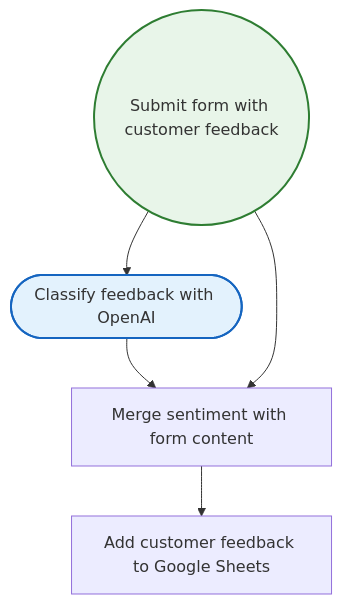
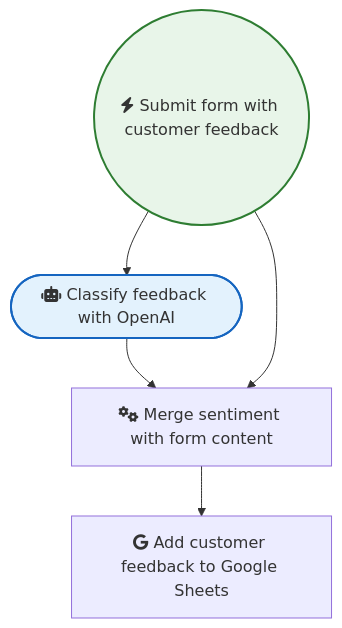
One commit to sreyash3105/N8N-DEMO-AUTOMATIONS changed the diagram in OpenAI_and_LLMs/AI Customer feedback sentiment analysis.md. Above: the diagram before and after it, drawn with Mermaid. The commit also changed 291 other files, not shown here.

````diff
--- a/OpenAI_and_LLMs/AI Customer feedback sentiment analysis.md
+++ b/OpenAI_and_LLMs/AI Customer feedback sentiment analysis.md
@@ -1,16 +1,16 @@
 ```mermaid
 graph TD
     classDef trigger fill:#e8f5e9,stroke:#2e7d32,stroke-width:2px;
     classDef ai fill:#e3f2fd,stroke:#1565c0,stroke-width:2px;
     classDef logic fill:#fff3e0,stroke:#ef6c00,stroke-width:2px;
 
-    Add_customer_feedback_to_Google_Sheets["Add customer feedback to Google Sheets"]
-    Merge_sentiment_with_form_content["Merge sentiment with form content"]
-    Classify_feedback_with_OpenAI(["Classify feedback with OpenAI"]):::ai
-    Submit_form_with_customer_feedback(("Submit form with customer feedback")):::trigger
+    Add_customer_feedback_to_Google_Sheets["fab:fa-google Add customer feedback to Google Sheets"]
+    Merge_sentiment_with_form_content["fas:fa-cogs Merge sentiment with form content"]
+    Classify_feedback_with_OpenAI(["fas:fa-robot Classify feedback with OpenAI"]):::ai
+    Submit_form_with_customer_feedback(("fas:fa-bolt Submit form with customer feedback")):::trigger
 
     Classify_feedback_with_OpenAI --> Merge_sentiment_with_form_content
     Merge_sentiment_with_form_content --> Add_customer_feedback_to_Google_Sheets
     Submit_form_with_customer_feedback --> Classify_feedback_with_OpenAI
     Submit_form_with_customer_feedback --> Merge_sentiment_with_form_content
 ```
````
